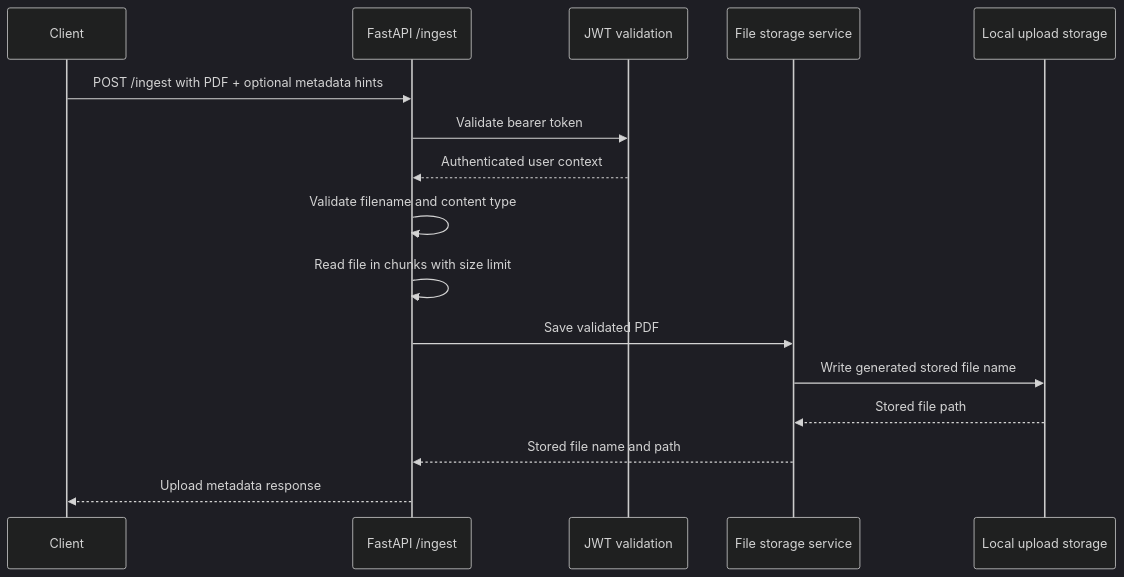
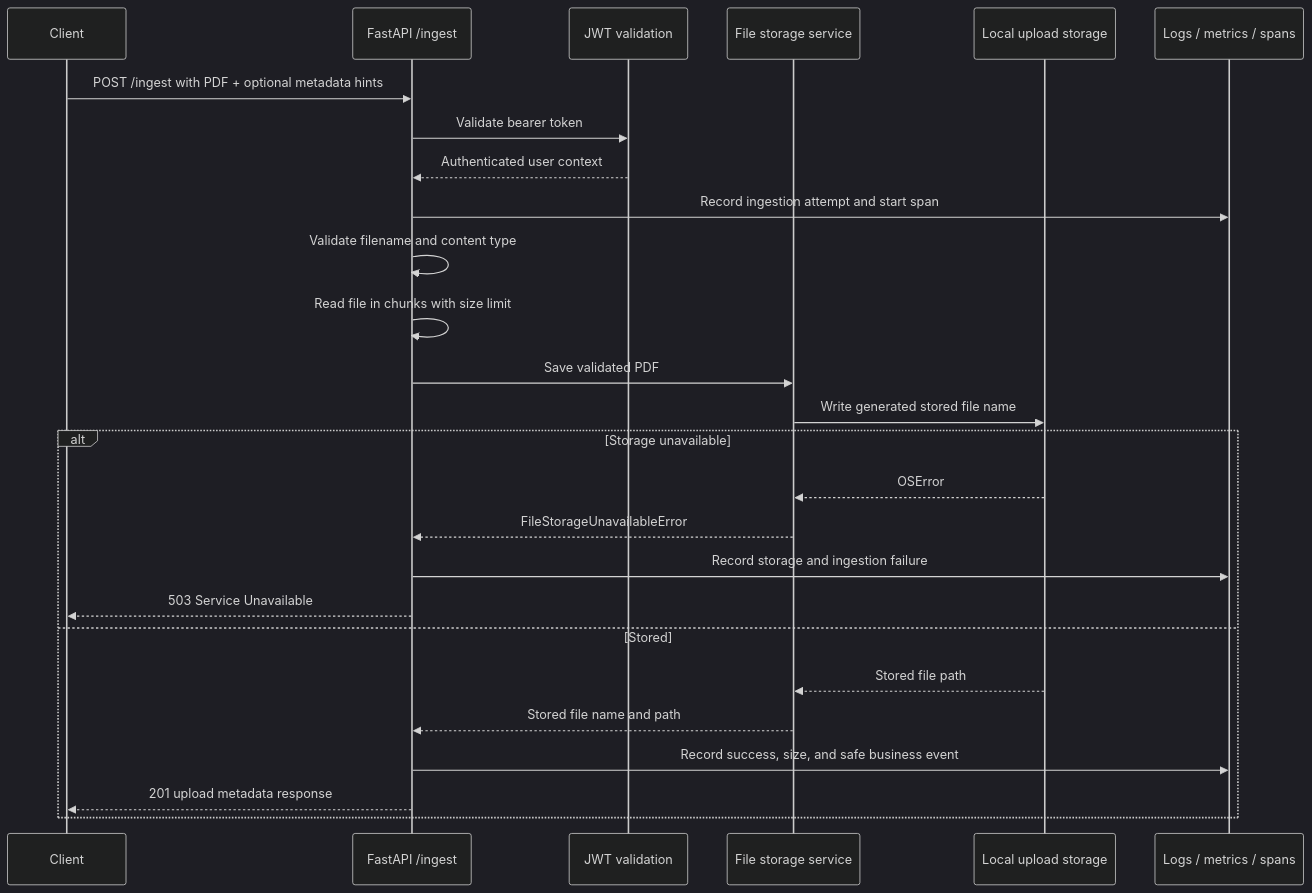
Before and after one commit to GeekStartup/spend-analyzer: the fifth of 9 diagrams in docs/HLD.md, drawn with Mermaid (dark theme). The commit also changed other lines of this file and 45 other files, not shown here.

````diff
--- a/docs/HLD.md
+++ b/docs/HLD.md
@@ -165,19 +276,29 @@
 ```mermaid
 sequenceDiagram
     participant Client
     participant API as FastAPI /ingest
     participant Auth as JWT validation
     participant Storage as File storage service
     participant Disk as Local upload storage
+    participant Telemetry as Logs / metrics / spans
 
     Client->>API: POST /ingest with PDF + optional metadata hints
     API->>Auth: Validate bearer token
     Auth-->>API: Authenticated user context
+    API->>Telemetry: Record ingestion attempt and start span
     API->>API: Validate filename and content type
     API->>API: Read file in chunks with size limit
     API->>Storage: Save validated PDF
     Storage->>Disk: Write generated stored file name
-    Disk-->>Storage: Stored file path
-    Storage-->>API: Stored file name and path
-    API-->>Client: Upload metadata response
+    alt Storage unavailable
+        Disk-->>Storage: OSError
+        Storage-->>API: FileStorageUnavailableError
+        API->>Telemetry: Record storage and ingestion failure
+        API-->>Client: 503 Service Unavailable
+    else Stored
+        Disk-->>Storage: Stored file path
+        Storage-->>API: Stored file name and path
+        API->>Telemetry: Record success, size, and safe business event
+        API-->>Client: 201 upload metadata response
+    end
 ```
````
